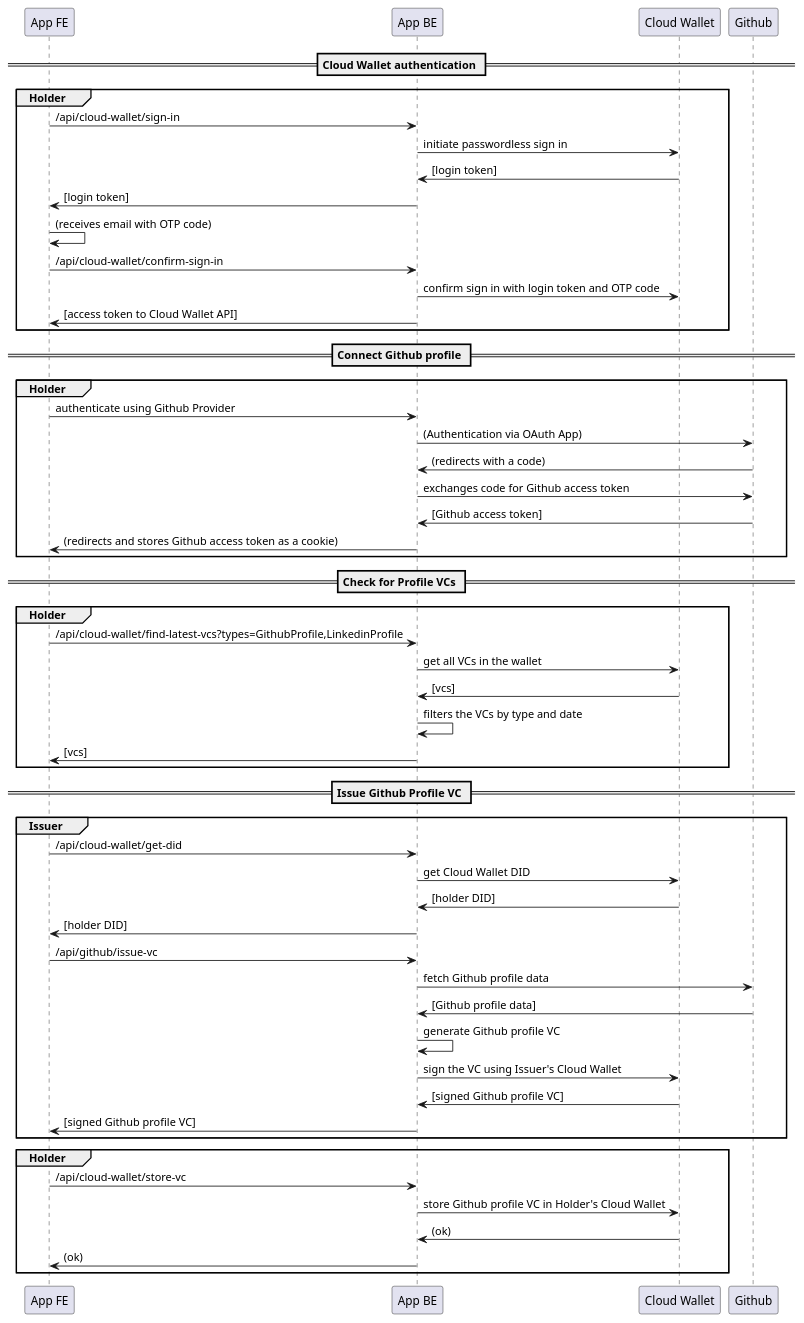
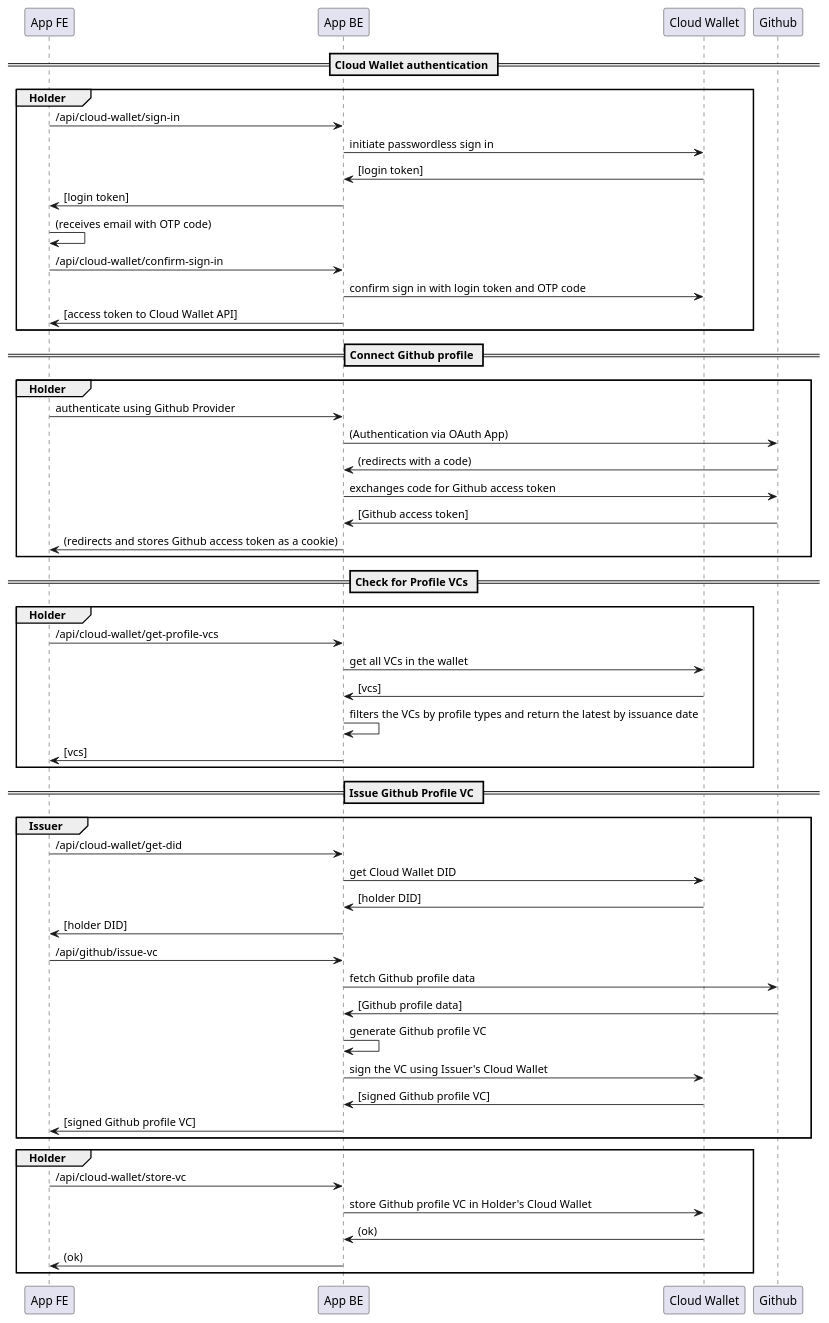
One commit to affinidi/reference-app-portable-reputation changed the diagram in docs/flow.plantuml. Above: the diagram before and after it, drawn with PlantUML. The commit also changed 2 other files, not shown here.

```diff
--- a/docs/flow.plantuml
+++ b/docs/flow.plantuml
@@ -2,60 +2,60 @@
 @startuml
 
 == Cloud Wallet authentication ==
 
 group Holder
 FE as "App FE" -> BE as "App BE" : /api/cloud-wallet/sign-in
 BE -> CW as "Cloud Wallet" : initiate passwordless sign in
 CW -> BE : [login token]
 BE -> FE : [login token]
 FE -> FE : (receives email with OTP code)
 FE -> BE : /api/cloud-wallet/confirm-sign-in
 BE -> CW : confirm sign in with login token and OTP code
 BE -> FE : [access token to Cloud Wallet API]
 end
 
 == Connect Github profile ==
 
 group Holder
 FE -> BE : authenticate using Github Provider
 BE -> GH as "Github" : (Authentication via OAuth App)
 GH -> BE : (redirects with a code)
 BE -> GH : exchanges code for Github access token
 GH -> BE : [Github access token]
 BE -> FE : (redirects and stores Github access token as a cookie)
 end
 
 == Check for Profile VCs ==
 
 group Holder
-FE -> BE : /api/cloud-wallet/find-latest-vcs?types=GithubProfile,LinkedinProfile
+FE -> BE : /api/cloud-wallet/get-profile-vcs
 BE -> CW : get all VCs in the wallet
 CW -> BE : [vcs]
-BE -> BE : filters the VCs by type and date
+BE -> BE : filters the VCs by profile types and return the latest by issuance date
 BE -> FE : [vcs]
 end
 
 == Issue Github Profile VC ==
 
 group Issuer
 FE -> BE : /api/cloud-wallet/get-did
 BE -> CW : get Cloud Wallet DID
 CW -> BE : [holder DID]
 BE -> FE : [holder DID]
 FE -> BE : /api/github/issue-vc
 BE -> GH : fetch Github profile data
 GH -> BE : [Github profile data]
 BE -> BE : generate Github profile VC
 BE -> CW : sign the VC using Issuer's Cloud Wallet
 CW -> BE : [signed Github profile VC]
 BE -> FE : [signed Github profile VC]
 end
 
 group Holder
 FE -> BE : /api/cloud-wallet/store-vc
 BE -> CW : store Github profile VC in Holder's Cloud Wallet
 CW -> BE : (ok)
 BE -> FE : (ok)
 end
 
 @enduml
```
